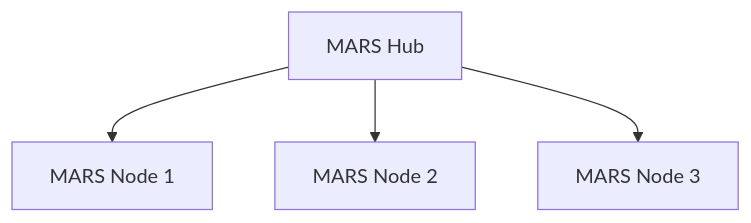
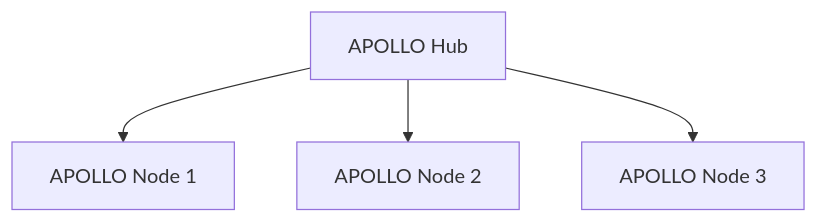
One commit to elgrhy/apollo changed the diagram in control_plane_blueprint.md. Above: the diagram before and after it, drawn with Mermaid. The commit also changed other lines of this file and 3 other files, not shown here.

````diff
--- a/control_plane_blueprint.md
+++ b/control_plane_blueprint.md
@@ -7,6 +7,6 @@
 ```mermaid
 graph TD
-    Hub[MARS Hub] --> NodeA[MARS Node 1]
-    Hub --> NodeB[MARS Node 2]
-    Hub --> NodeC[MARS Node 3]
+    Hub[APOLLO Hub] --> NodeA[APOLLO Node 1]
+    Hub --> NodeB[APOLLO Node 2]
+    Hub --> NodeC[APOLLO Node 3]
 ```
````
